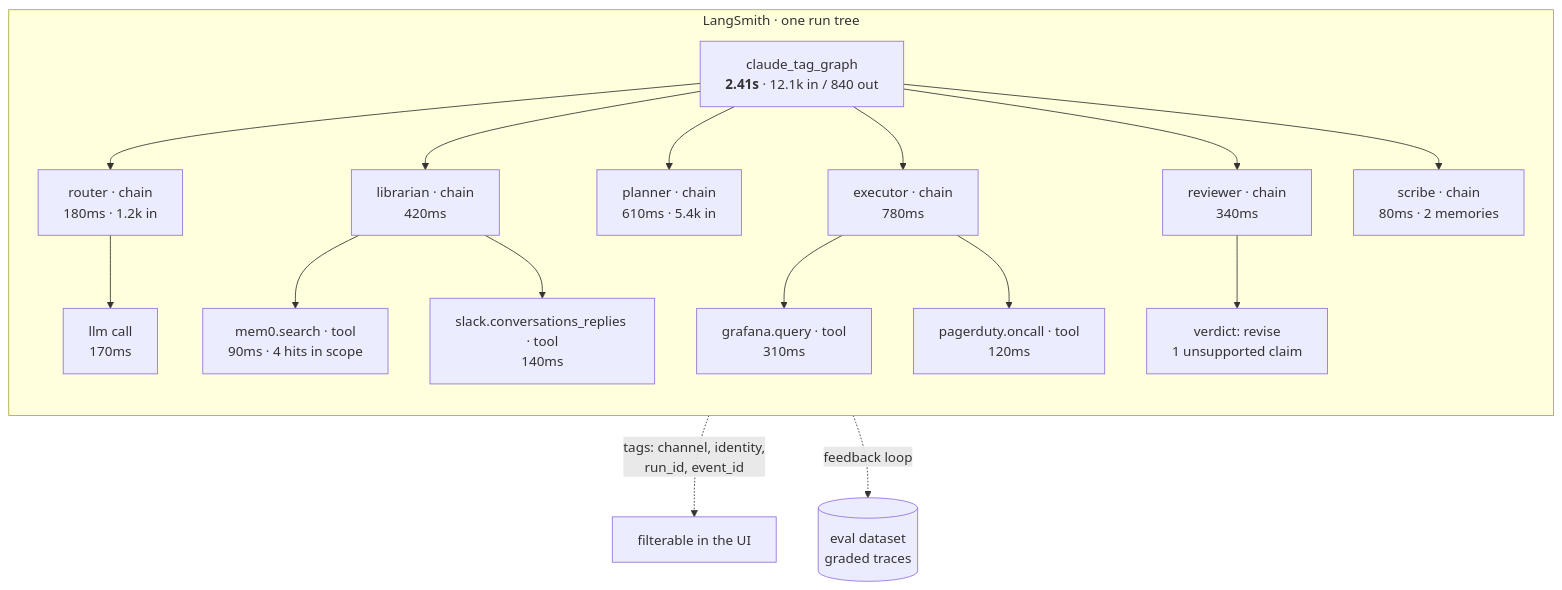
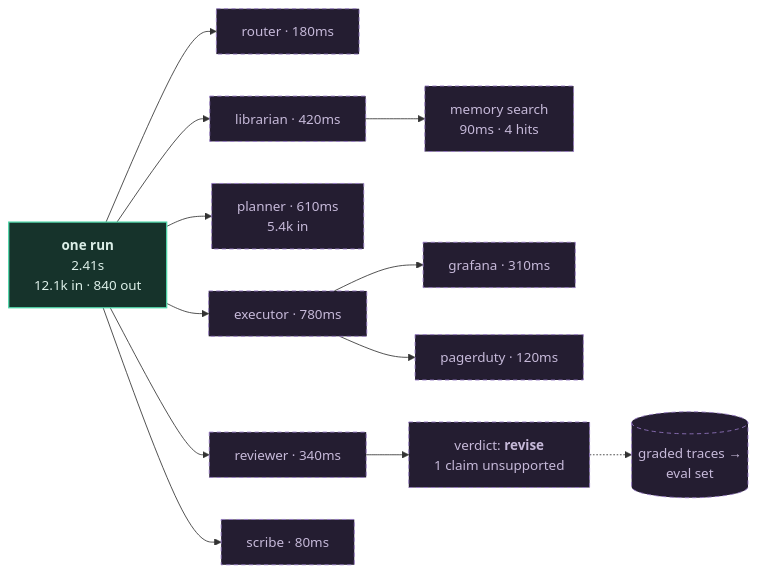
The diagram in docs/diagrams/trace.mmd (rppol/claude-tag-poc), drawn with Mermaid before and after one commit. The commit also changed 12 other files, not shown here.

```diff
--- a/docs/diagrams/trace.mmd
+++ b/docs/diagrams/trace.mmd
@@ -1,19 +1,19 @@
-flowchart TB
-  subgraph LS ["LangSmith · one run tree"]
-    direction TB
-    RUN["claude_tag_graph<br/><b>2.41s</b> · 12.1k in / 840 out"]
-    RUN --> R1["router · chain<br/>180ms · 1.2k in"]
-    R1 --> R1A["llm call<br/>170ms"]
-    RUN --> R2["librarian · chain<br/>420ms"]
-    R2 --> R2A["mem0.search · tool<br/>90ms · 4 hits in scope"]
-    R2 --> R2B["slack.conversations_replies · tool<br/>140ms"]
-    RUN --> R3["planner · chain<br/>610ms · 5.4k in"]
-    RUN --> R4["executor · chain<br/>780ms"]
-    R4 --> R4A["grafana.query · tool<br/>310ms"]
-    R4 --> R4B["pagerduty.oncall · tool<br/>120ms"]
-    RUN --> R5["reviewer · chain<br/>340ms"]
-    R5 --> R5A["verdict: revise<br/>1 unsupported claim"]
-    RUN --> R6["scribe · chain<br/>80ms · 2 memories"]
-  end
-  RUN -. "tags: channel, identity,<br/>run_id, event_id" .-> META["filterable in the UI"]
-  R5A -. "feedback loop" .-> EVAL[("eval dataset<br/>graded traces")]
+flowchart LR
+  RUN["<b>one run</b><br/>2.41s<br/>12.1k in · 840 out"]
+  RUN --> R1["router · 180ms"]
+  RUN --> R2["librarian · 420ms"]
+  RUN --> R3["planner · 610ms<br/>5.4k in"]
+  RUN --> R4["executor · 780ms"]
+  RUN --> R5["reviewer · 340ms"]
+  RUN --> R6["scribe · 80ms"]
+
+  R2 --> R2A["memory search<br/>90ms · 4 hits"]
+  R4 --> R4A["grafana · 310ms"]
+  R4 --> R4B["pagerduty · 120ms"]
+  R5 --> R5A["verdict: <b>revise</b><br/>1 claim unsupported"]
+  R5A -.-> EVAL[("graded traces →<br/>eval set")]
+
+  classDef design stroke:#9578C4,fill:#241D31,color:#C6B9D9,stroke-dasharray:5 4
+  classDef root stroke:#4FD8AA,fill:#16332B,color:#DCEFE8,stroke-width:1.5px
+  class RUN root
+  class R1,R2,R3,R4,R5,R6,R2A,R4A,R4B,R5A,EVAL design
```
